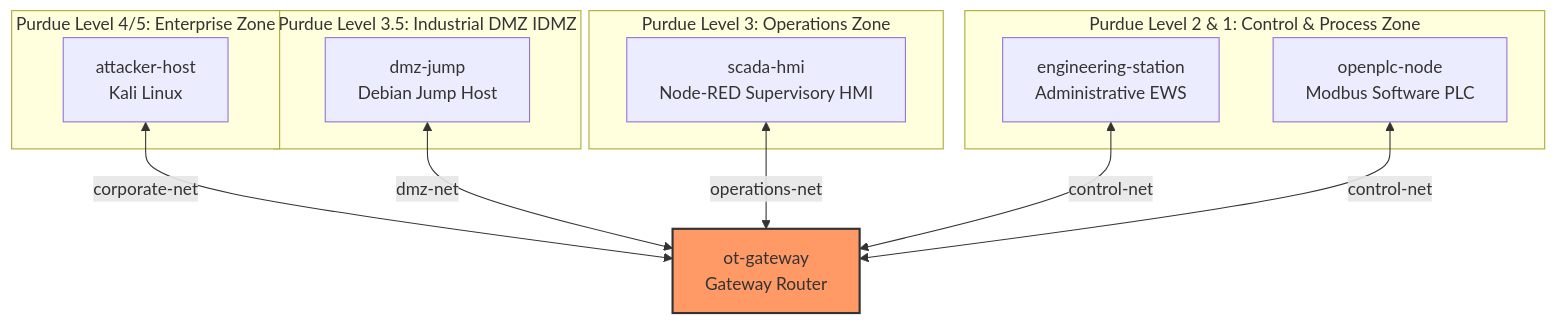
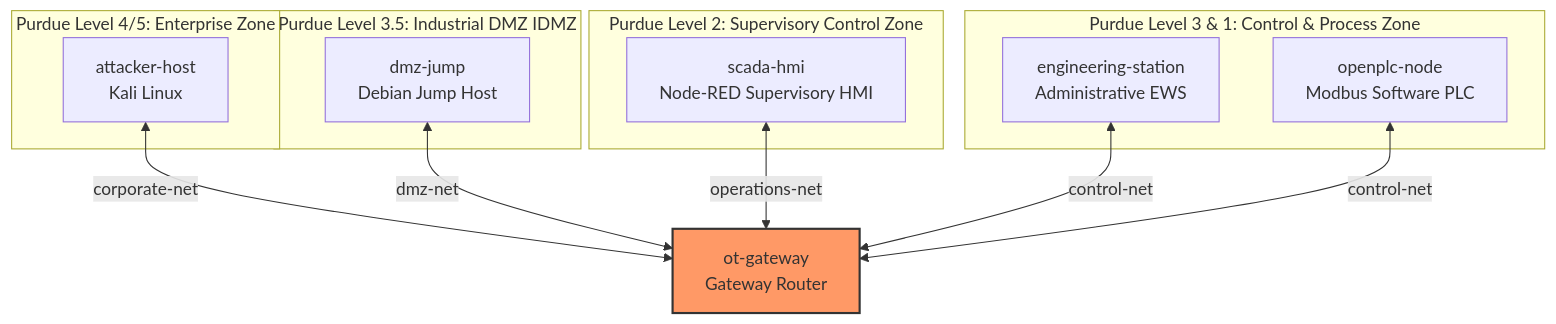
One commit to wolda-wolda/complex-ot-scenario changed the diagram in README.md. Above: the diagram before and after it, drawn with Mermaid. The commit also changed other lines of this file, not shown here.

Commit message:
docs: update Purdue model layer assignments for HMI and EWS components in README

````diff
--- a/README.md
+++ b/README.md
@@ -21,31 +21,31 @@
 ```mermaid
 graph TD
     subgraph Purdue Level 4/5: Enterprise Zone
         Attacker[attacker-host <br> Kali Linux]
     end
 
     subgraph Purdue Level 3.5: Industrial DMZ IDMZ
         DMZ[dmz-jump <br> Debian Jump Host]
     end
 
-    subgraph Purdue Level 3: Operations Zone
+    subgraph Purdue Level 2: Supervisory Control Zone
         HMI[scada-hmi <br> Node-RED Supervisory HMI]
     end
 
-    subgraph Purdue Level 2 & 1: Control & Process Zone
+    subgraph Purdue Level 3 & 1: Control & Process Zone
         EWS[engineering-station <br> Administrative EWS]
         PLC[openplc-node <br> Modbus Software PLC]
     end
 
     Router[ot-gateway <br> Gateway Router]
 
     Attacker <-->|corporate-net| Router
     DMZ <-->|dmz-net| Router
     HMI <-->|operations-net| Router
     EWS <-->|control-net| Router
     PLC <-->|control-net| Router
 
     %% Traffic Policies
     classDef firewall fill:#f96,stroke:#333,stroke-width:2px;
     class Router firewall;
 ```
````
